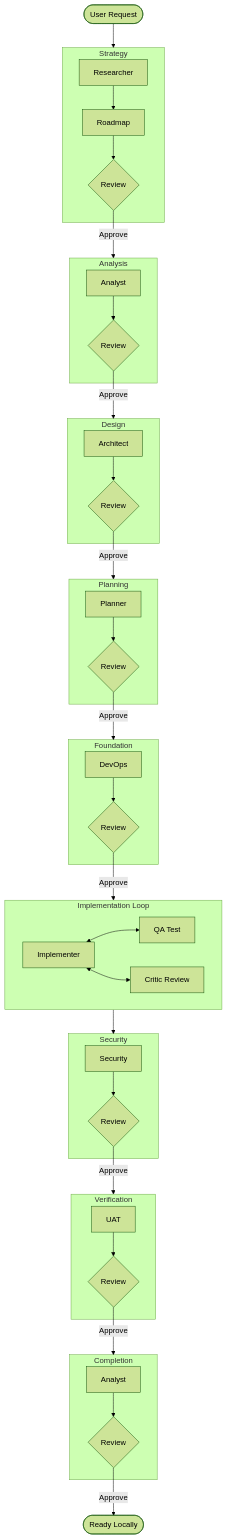
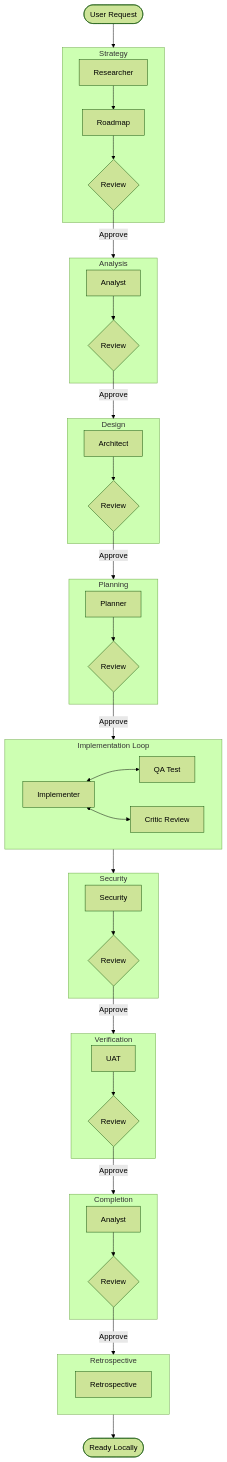
One commit to seanspiesman/Agents-and-Workflows changed the diagram in custom-agents/workflows/core/ZeroToHero.workflow.md. Above: the diagram before and after it, drawn with Mermaid (forest theme). The commit also changed other lines of this file and 38 other files, not shown here.

````diff
--- a/custom-agents/workflows/core/ZeroToHero.workflow.md
+++ b/custom-agents/workflows/core/ZeroToHero.workflow.md
@@ -172,50 +168,50 @@
 ```mermaid
 flowchart TD
     Start([User Request]) --> Phase1
     subgraph Phase1 [Strategy]
         Res[Researcher] --> Road[Roadmap]
         Road --> Crit1{Review}
     end
     Crit1 -->|Approve| Phase2
     
     subgraph Phase2 [Analysis]
         Analyst --> Crit2{Review}
     end
     Crit2 -->|Approve| Phase3
 
     subgraph Phase3 [Design]
         Arch[Architect] --> Crit3{Review}
     end
     Crit3 -->|Approve| Phase4
 
     subgraph Phase4 [Planning]
         Plan[Planner] --> Crit4{Review}
     end
     Crit4 -->|Approve| Phase5
 
-    subgraph Phase5 [Foundation]
-        DevOps --> Crit5{Review}
+    subgraph Phase5 [Implementation Loop]
+        Impl[Implementer] <--> QA[QA Test]
+        Impl <--> Crit5[Critic Review]
     end
-    Crit5 -->|Approve| Phase6
+    Phase5 --> Phase6
 
-    subgraph Phase6 [Implementation Loop]
-        Impl[Implementer] <--> QA[QA Test]
-        Impl <--> Crit6[Critic Review]
+    subgraph Phase6 [Security]
+        Sec[Security] --> Crit6{Review}
     end
-    Phase6 --> Phase7
+    Crit6 -->|Approve| Phase7
 
-    subgraph Phase7 [Security]
-        Sec[Security] --> Crit7{Review}
+    subgraph Phase7 [Verification]
+        UAT[UAT] --> Crit7{Review}
     end
     Crit7 -->|Approve| Phase8
 
-    subgraph Phase8 [Verification]
-        UAT[UAT] --> Crit8{Review}
+    subgraph Phase8 [Completion]
+        Doc[Analyst] --> Crit8{Review}
     end
     Crit8 -->|Approve| Phase9
 
-    subgraph Phase9 [Completion]
-        Doc[Analyst] --> Crit9{Review}
+    subgraph Phase9 [Retrospective]
+        Retro[Retrospective]
     end
-    Crit9 -->|Approve| End([Ready Locally])
+    Phase9 --> End([Ready Locally])
 ```
````
